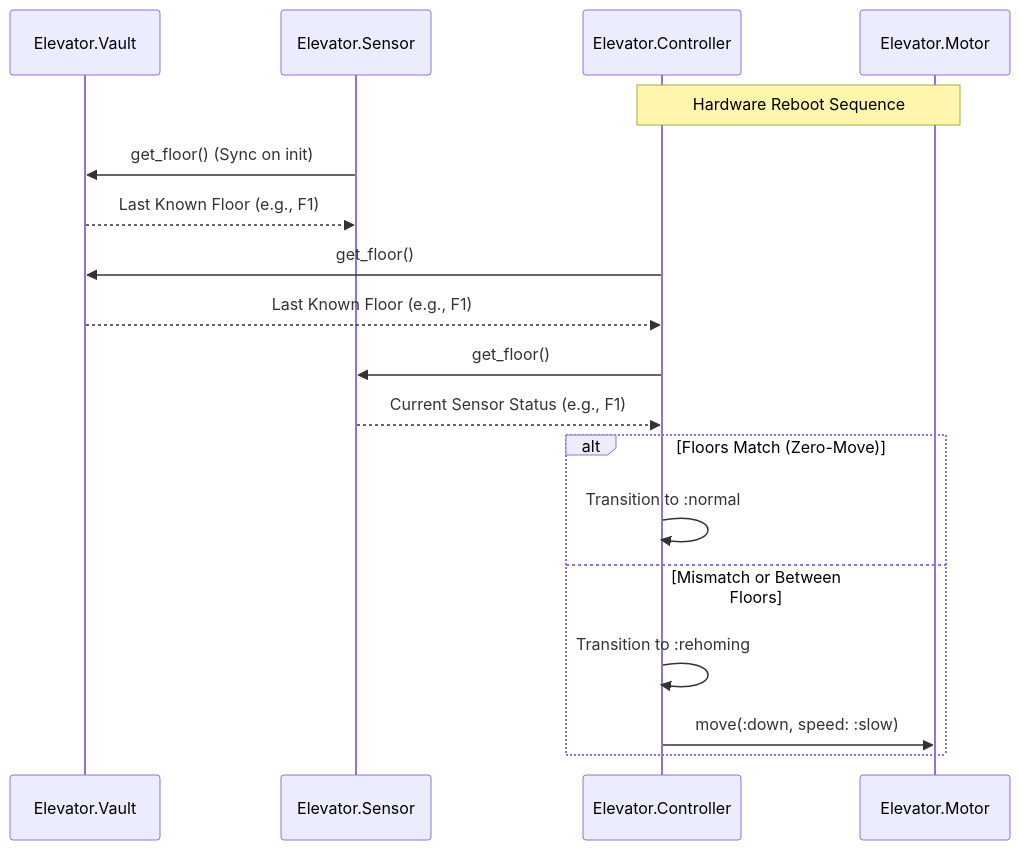
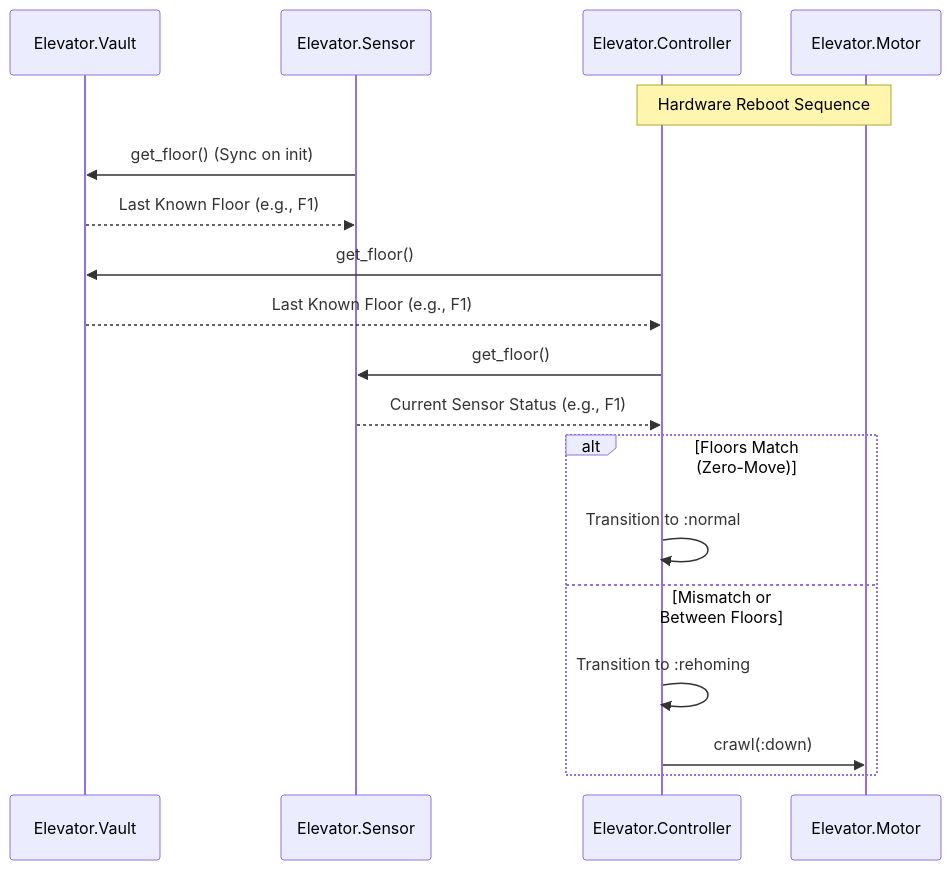
One commit to alesch/elevator changed the third of 3 diagrams in doc/architecture.md. Above: the diagram before and after it, drawn with Mermaid. The commit also changed other lines of this file and 20 other files, not shown here.

````diff
--- a/doc/architecture.md
+++ b/doc/architecture.md
@@ -69,23 +69,23 @@
 ```mermaid
 sequenceDiagram
     participant V as Elevator.Vault
     participant S as Elevator.Sensor
     participant C as Elevator.Controller
     participant M as Elevator.Motor
 
     Note over C,M: Hardware Reboot Sequence
     S->>V: get_floor() (Sync on init)
     V-->>S: Last Known Floor (e.g., F1)
     
     C->>V: get_floor()
     V-->>C: Last Known Floor (e.g., F1)
     C->>S: get_floor()
     S-->>C: Current Sensor Status (e.g., F1)
     
     alt Floors Match (Zero-Move)
         C->>C: Transition to :normal
     else Mismatch or Between Floors
         C->>C: Transition to :rehoming
-        C->>M: move(:down, speed: :slow)
+        C->>M: crawl(:down)
     end
 ```
````
